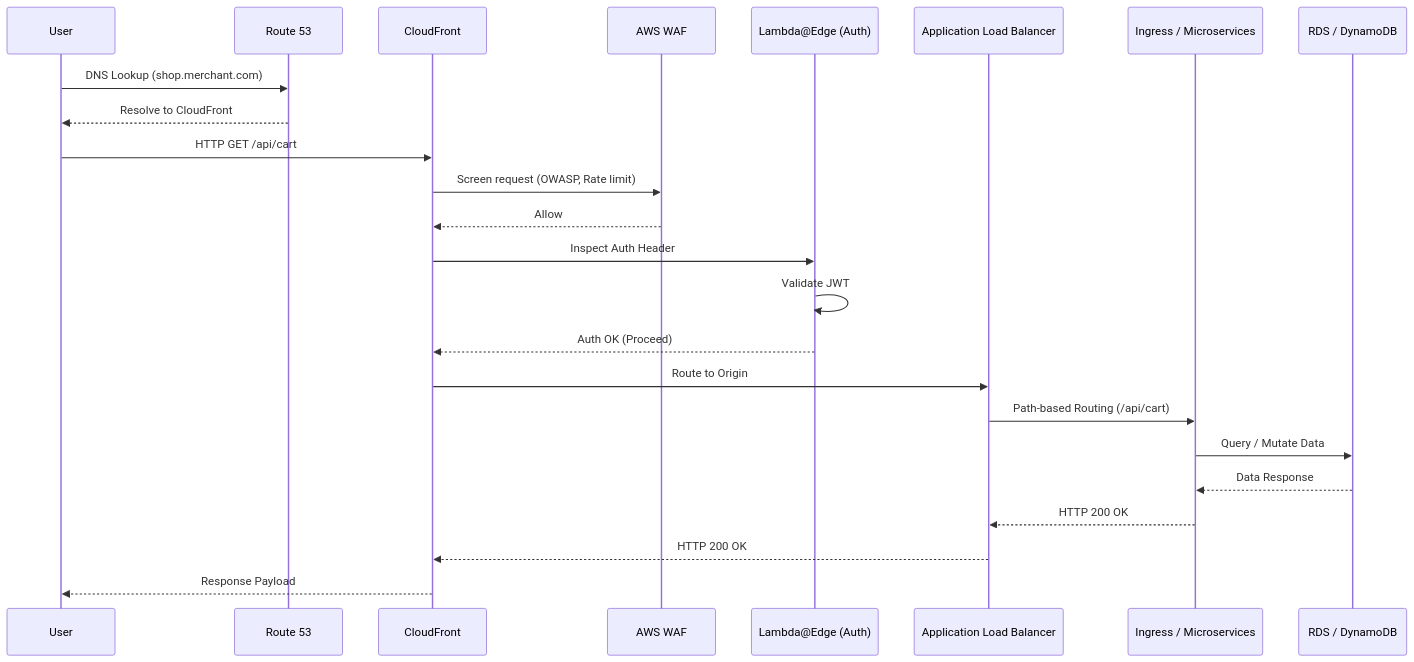
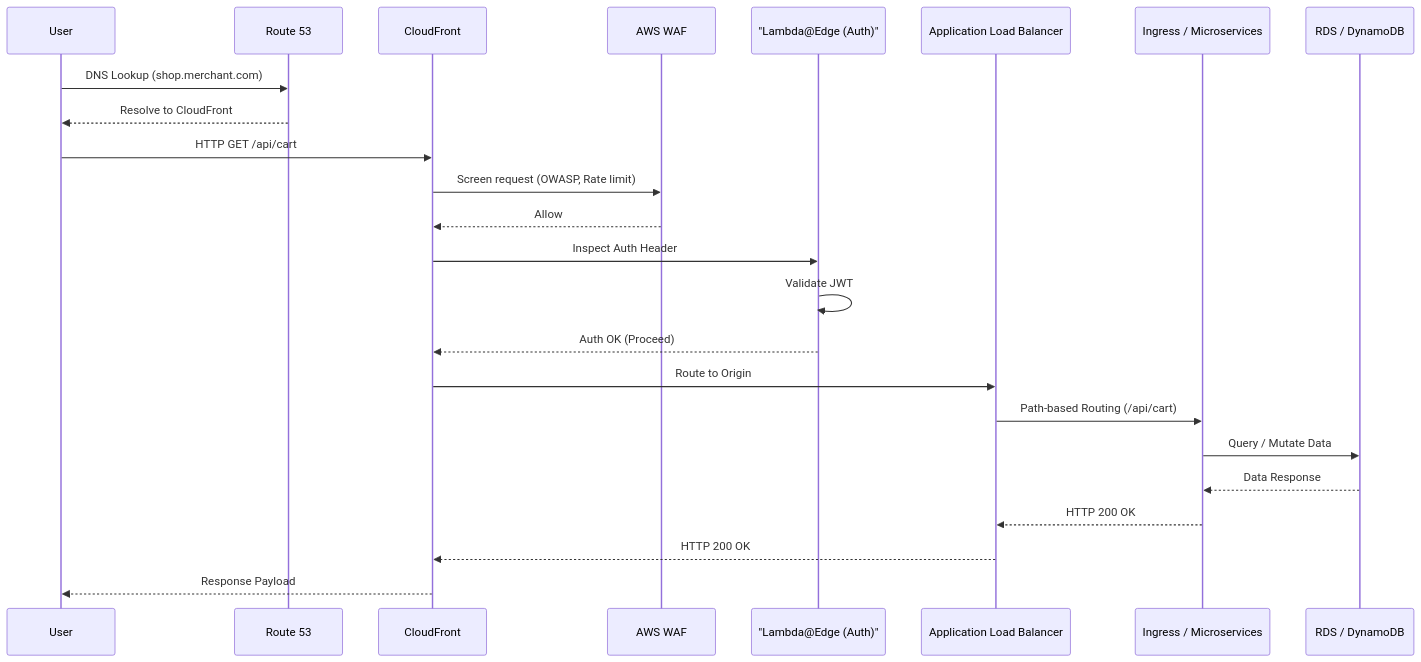
The diagram in docs/architecture/flow_of_operations.md (yossip/merchant), drawn with Mermaid before and after one commit. The commit also changed 1 other file, not shown here.

Commit message:
fix: escape mermaid labels containing special characters

````diff
--- a/docs/architecture/flow_of_operations.md
+++ b/docs/architecture/flow_of_operations.md
@@ -37,27 +37,27 @@
 ```mermaid
 sequenceDiagram
     participant User
     participant R53 as Route 53
     participant CF as CloudFront
     participant WAF as AWS WAF
-    participant LEd as Lambda@Edge (Auth)
+    participant LEd as "Lambda@Edge (Auth)"
     participant ALB as Application Load Balancer
     participant EKS as Ingress / Microservices
     participant DB as RDS / DynamoDB
 
     User->>R53: DNS Lookup (shop.merchant.com)
     R53-->>User: Resolve to CloudFront
     User->>CF: HTTP GET /api/cart
     CF->>WAF: Screen request (OWASP, Rate limit)
     WAF-->>CF: Allow
     CF->>LEd: Inspect Auth Header
     LEd->>LEd: Validate JWT
     LEd-->>CF: Auth OK (Proceed)
     CF->>ALB: Route to Origin
     ALB->>EKS: Path-based Routing (/api/cart)
     EKS->>DB: Query / Mutate Data
     DB-->>EKS: Data Response
     EKS-->>ALB: HTTP 200 OK
     ALB-->>CF: HTTP 200 OK
     CF-->>User: Response Payload
 ```
````
